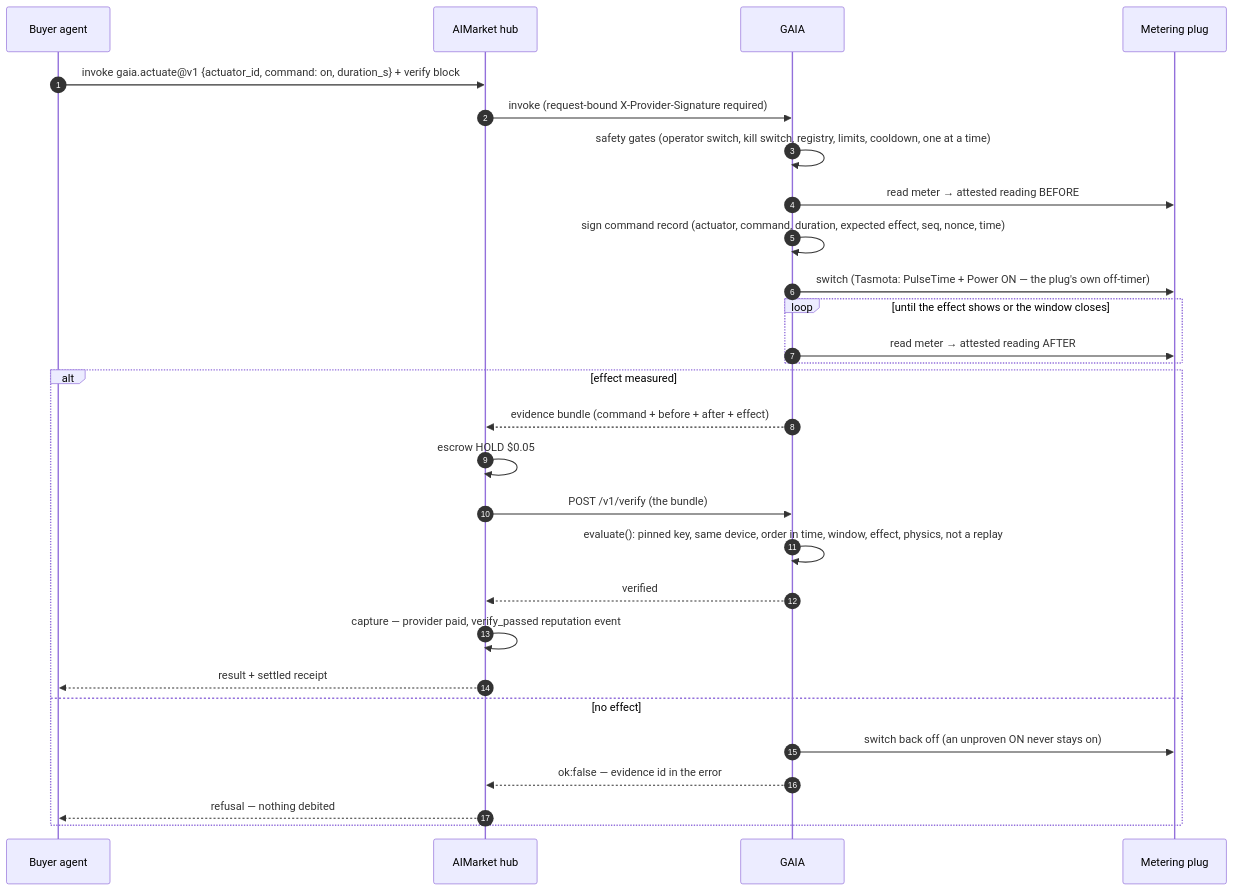
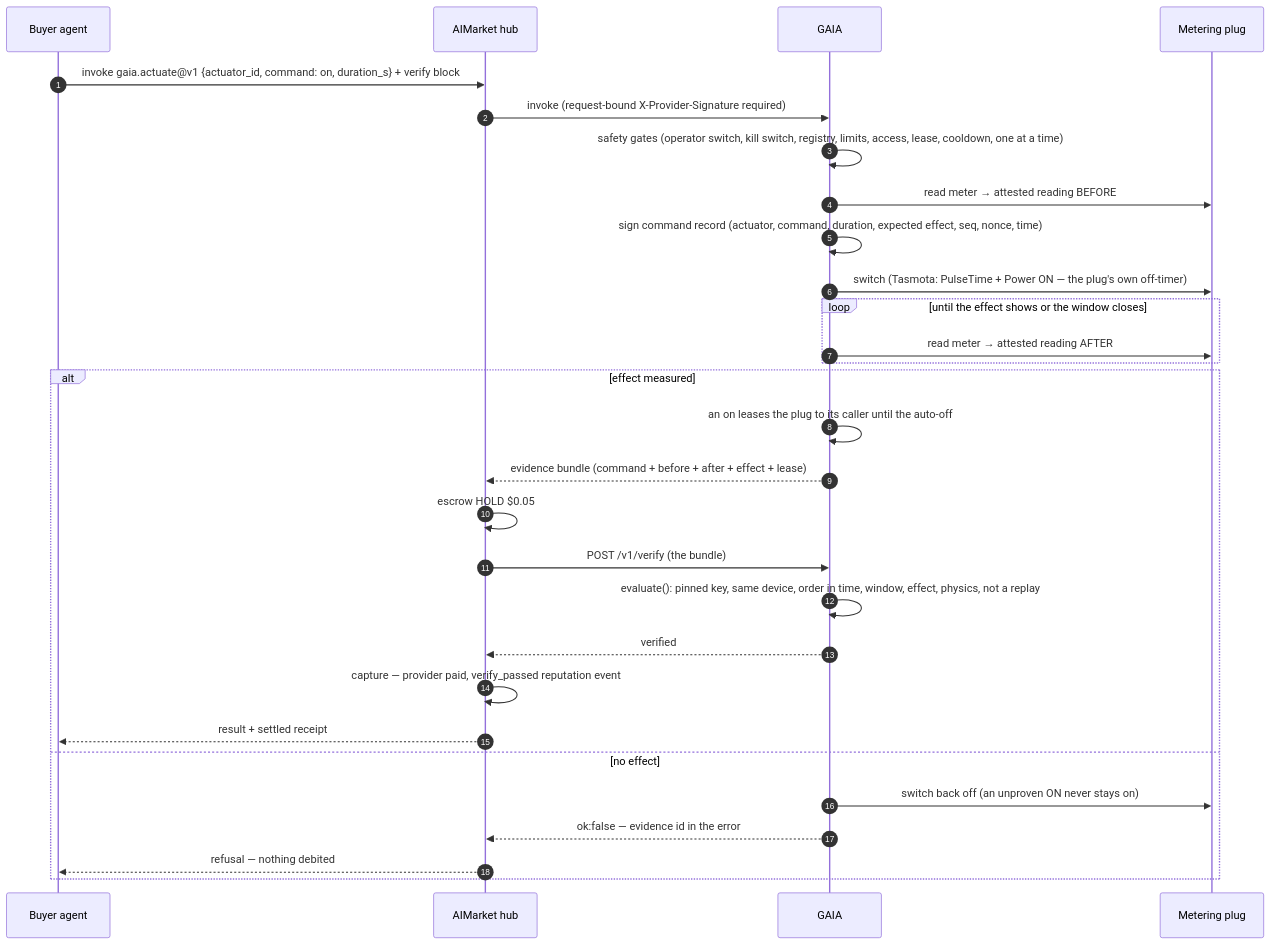
One commit to alexar76/gaia changed the third of 8 diagrams in docs/ACTUATION.md. Above: the diagram before and after it, drawn with Mermaid. The commit also changed other lines of this file and 50 other files, not shown here.

````diff
--- a/docs/ACTUATION.md
+++ b/docs/ACTUATION.md
@@ -109,30 +142,31 @@
 ```mermaid
 sequenceDiagram
     autonumber
     participant B as Buyer agent
     participant H as AIMarket hub
     participant G as GAIA
     participant P as Metering plug
     B->>H: invoke gaia.actuate@v1 {actuator_id, command: on, duration_s} + verify block
     H->>G: invoke (request-bound X-Provider-Signature required)
-    G->>G: safety gates (operator switch, kill switch, registry, limits, cooldown, one at a time)
+    G->>G: safety gates (operator switch, kill switch, registry, limits, access, lease, cooldown, one at a time)
     G->>P: read meter → attested reading BEFORE
     G->>G: sign command record (actuator, command, duration, expected effect, seq, nonce, time)
     G->>P: switch (Tasmota: PulseTime + Power ON — the plug's own off-timer)
     loop until the effect shows or the window closes
         G->>P: read meter → attested reading AFTER
     end
     alt effect measured
-        G-->>H: evidence bundle (command + before + after + effect)
+        G->>G: an on leases the plug to its caller until the auto-off
+        G-->>H: evidence bundle (command + before + after + effect + lease)
         H->>H: escrow HOLD $0.05
         H->>G: POST /v1/verify (the bundle)
         G->>G: evaluate(): pinned key, same device, order in time, window, effect, physics, not a replay
         G-->>H: verified
         H->>H: capture — provider paid, verify_passed reputation event
         H-->>B: result + settled receipt
     else no effect
         G->>P: switch back off (an unproven ON never stays on)
         G-->>H: ok:false — evidence id in the error
         H-->>B: refusal — nothing debited
     end
 ```
````
